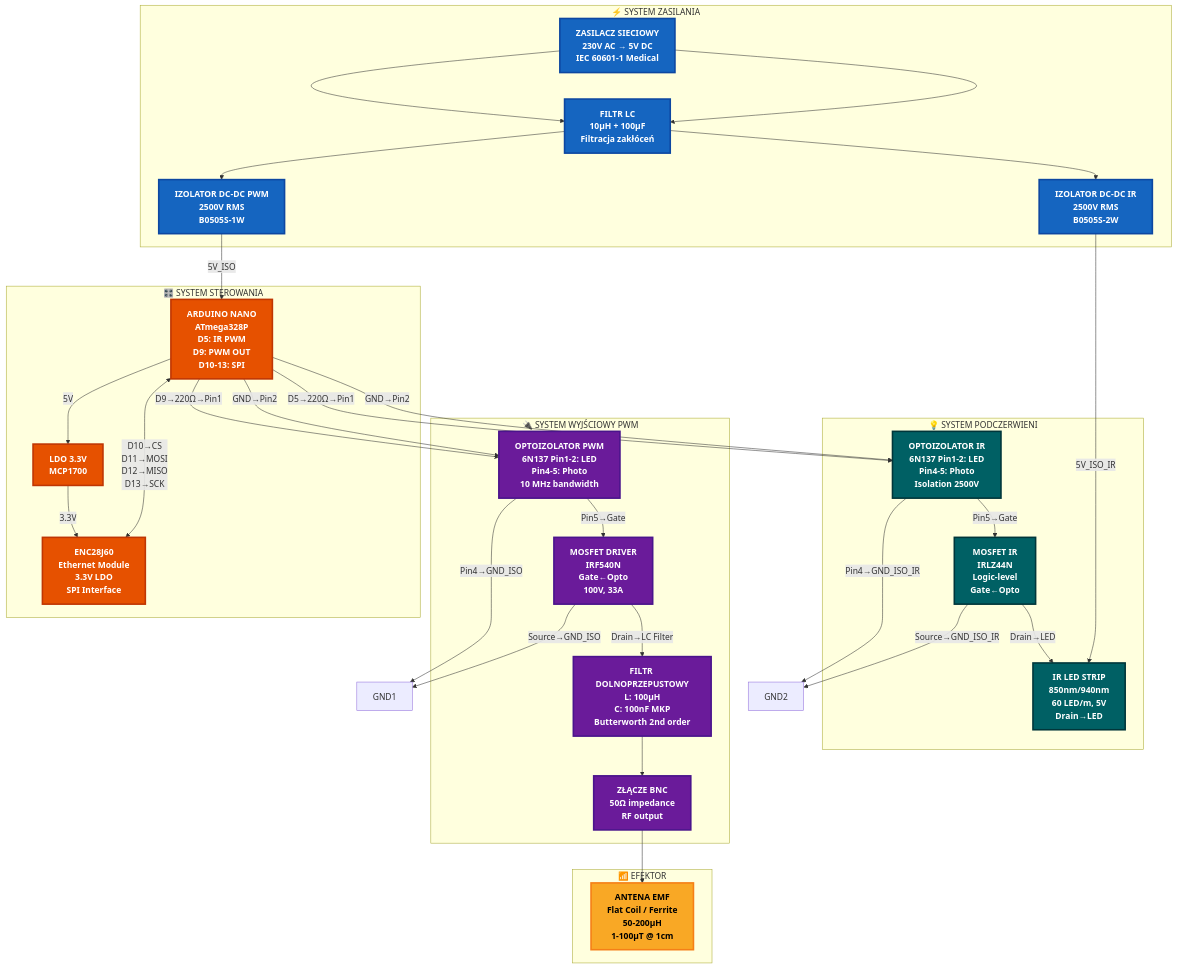
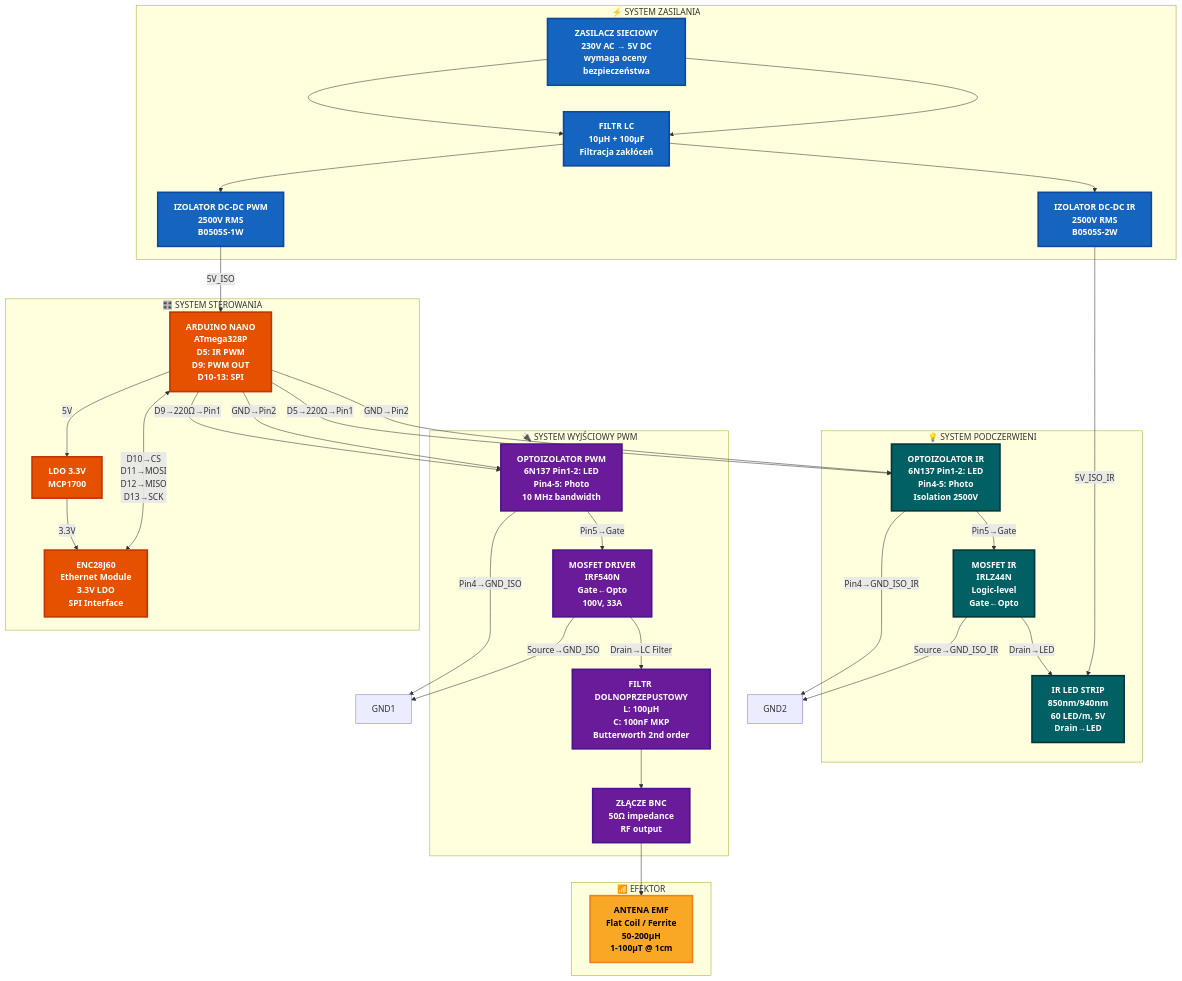
The second of 16 diagrams in hardware.md (bartoszruta26-droid/Bioresonance), drawn with Mermaid before and after one commit. The commit also changed other lines of this file, not shown here.

Commit message:
Correct unsupported hardware isolation and IEC compliance claims

````diff
--- a/hardware.md
+++ b/hardware.md
@@ -197,76 +199,76 @@
 ```mermaid
 flowchart TD
     subgraph Zasilanie["⚡ SYSTEM ZASILANIA"]
-        Z1["<b>ZASILACZ SIECIOWY</b><br/>230V AC → 5V DC<br/>IEC 60601-1 Medical"]
+        Z1["<b>ZASILACZ SIECIOWY</b><br/>230V AC → 5V DC<br/>wymaga oceny bezpieczeństwa"]
         Z2["<b>FILTR LC</b><br/>10µH + 100µF<br/>Filtracja zakłóceń"]
         Z3["<b>IZOLATOR DC-DC PWM</b><br/>2500V RMS<br/>B0505S-1W"]
         Z4["<b>IZOLATOR DC-DC IR</b><br/>2500V RMS<br/>B0505S-2W"]
     end
     
     subgraph Sterowanie["🎛️ SYSTEM STEROWANIA"]
         A1["<b>ARDUINO NANO</b><br/>ATmega328P<br/>D5: IR PWM<br/>D9: PWM OUT<br/>D10-13: SPI"]
         A2["<b>ENC28J60</b><br/>Ethernet Module<br/>3.3V LDO<br/>SPI Interface"]
         LDO["<b>LDO 3.3V</b><br/>MCP1700"]
     end
     
     subgraph Wyjście["🔌 SYSTEM WYJŚCIOWY PWM"]
         O1["<b>OPTOIZOLATOR PWM</b><br/>6N137 Pin1-2: LED<br/>Pin4-5: Photo<br/>10 MHz bandwidth"]
         O2["<b>MOSFET DRIVER</b><br/>IRF540N<br/>Gate←Opto<br/>100V, 33A"]
         O3["<b>FILTR DOLNOPRZEPUSTOWY</b><br/>L: 100µH<br/>C: 100nF MKP<br/>Butterworth 2nd order"]
         O4["<b>ZŁĄCZE BNC</b><br/>50Ω impedance<br/>RF output"]
     end
     
     subgraph Efektor["📶 EFEKTOR"]
         E1["<b>ANTENA EMF</b><br/>Flat Coil / Ferrite<br/>50-200µH<br/>1-100µT @ 1cm"]
     end
     
     subgraph IR_System["💡 SYSTEM PODCZERWIENI"]
         IR1["<b>OPTOIZOLATOR IR</b><br/>6N137 Pin1-2: LED<br/>Pin4-5: Photo<br/>Isolation 2500V"]
         IR2["<b>MOSFET IR</b><br/>IRLZ44N<br/>Logic-level<br/>Gate←Opto"]
         IR3["<b>IR LED STRIP</b><br/>850nm/940nm<br/>60 LED/m, 5V<br/>Drain→LED"]
     end
     
     %% Zasilanie główne
     Z1 --> Z2 --> Z3
     Z1 --> Z2 --> Z4
     Z3 -->|5V_ISO| A1
     Z4 -->|5V_ISO_IR| IR3
     
     %% LDO dla Ethernet
     A1 -->|5V| LDO
     LDO -->|3.3V| A2
     
     %% SPI Connection - szczególowe piny
     A1 <-->|D10→CS<br/>D11→MOSI<br/>D12→MISO<br/>D13→SCK| A2
     
     %% PWM Path - szczególowe połączenia
     A1 -->|D9→220Ω→Pin1| O1
     A1 -->|GND→Pin2| O1
     O1 -->|Pin4→GND_ISO| GND1
     O1 -->|Pin5→Gate| O2
     O2 -->|Source→GND_ISO| GND1
     O2 -->|Drain→LC Filter| O3
     O3 --> O4
     O4 --> E1
     
     %% IR Path - szczegółowe połączenia
     A1 -->|D5→220Ω→Pin1| IR1
     A1 -->|GND→Pin2| IR1
     IR1 -->|Pin4→GND_ISO_IR| GND2
     IR1 -->|Pin5→Gate| IR2
     IR2 -->|Source→GND_ISO_IR| GND2
     IR2 -->|Drain→LED| IR3
     
     classDef power fill:#1565c0,stroke:#0d47a1,stroke-width:3px,color:#ffffff,font-weight:bold
     classDef control fill:#e65100,stroke:#bf3603,stroke-width:3px,color:#ffffff,font-weight:bold
     classDef isolation fill:#c2185b,stroke:#880e4f,stroke-width:3px,color:#ffffff,font-weight:bold
     classDef output fill:#6a1b9a,stroke:#4a148c,stroke-width:3px,color:#ffffff,font-weight:bold
     classDef ir fill:#006064,stroke:#00363a,stroke-width:3px,color:#ffffff,font-weight:bold
     classDef antenna fill:#f9a825,stroke:#f57f17,stroke-width:3px,color:#000000,font-weight:bold
     
     class Z1,Z2,Z3,Z4 power
     class A1,A2,LDO control
     class O1,O2,O3,O4 output
     class E1 antenna
     class IR1,IR2,IR3 ir
 ```
````
